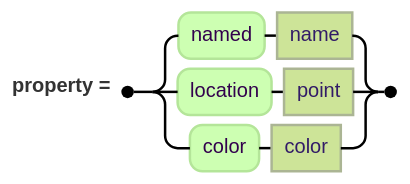
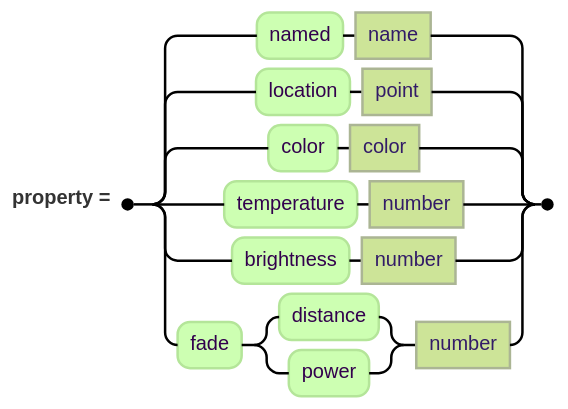
Before and after one commit to jskress/RayTracer: the diagram in docs/diagrams/lights/pointLight.mmd, drawn with Mermaid (forest theme). The commit also changed 62 other files, not shown here.

First line of the commit message:
A syntax diagram for every block

```diff
--- a/docs/diagrams/lights/pointLight.mmd
+++ b/docs/diagrams/lights/pointLight.mmd
@@ -1,4 +1,6 @@
 railroad-ebnf-beta
 title "Point light properties"
 
-property = "named" name | "location" point | "color" color ;
+property = "named" name | "location" point
+         | "color" color | "temperature" number | "brightness" number
+         | "fade" ( "distance" | "power" ) number ;
```
